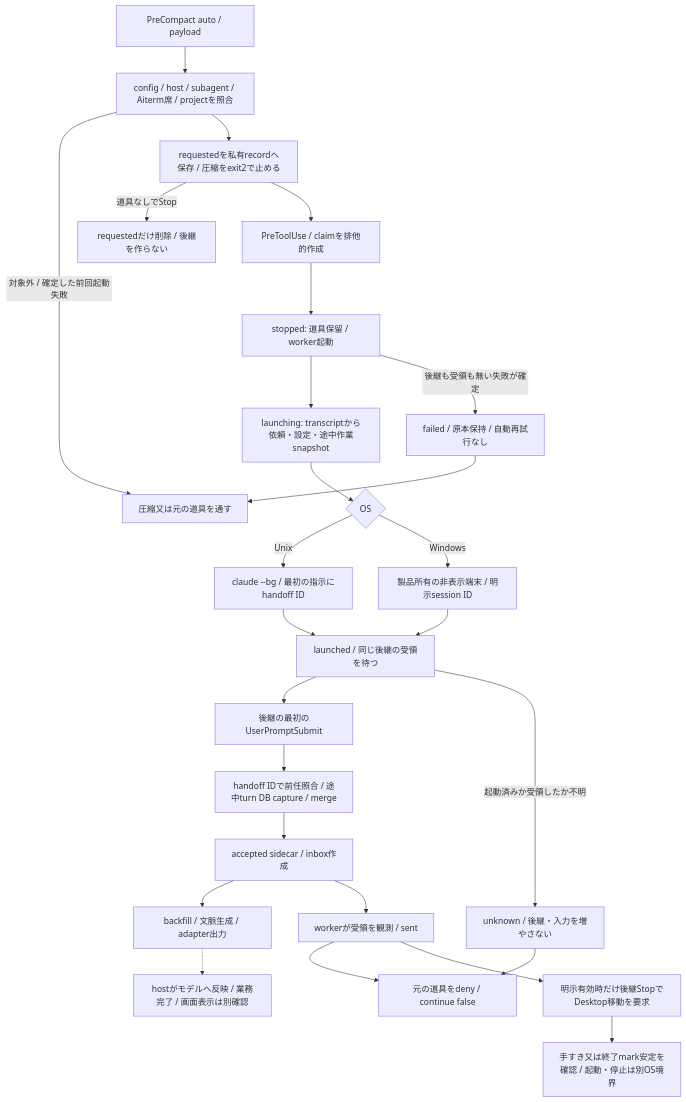
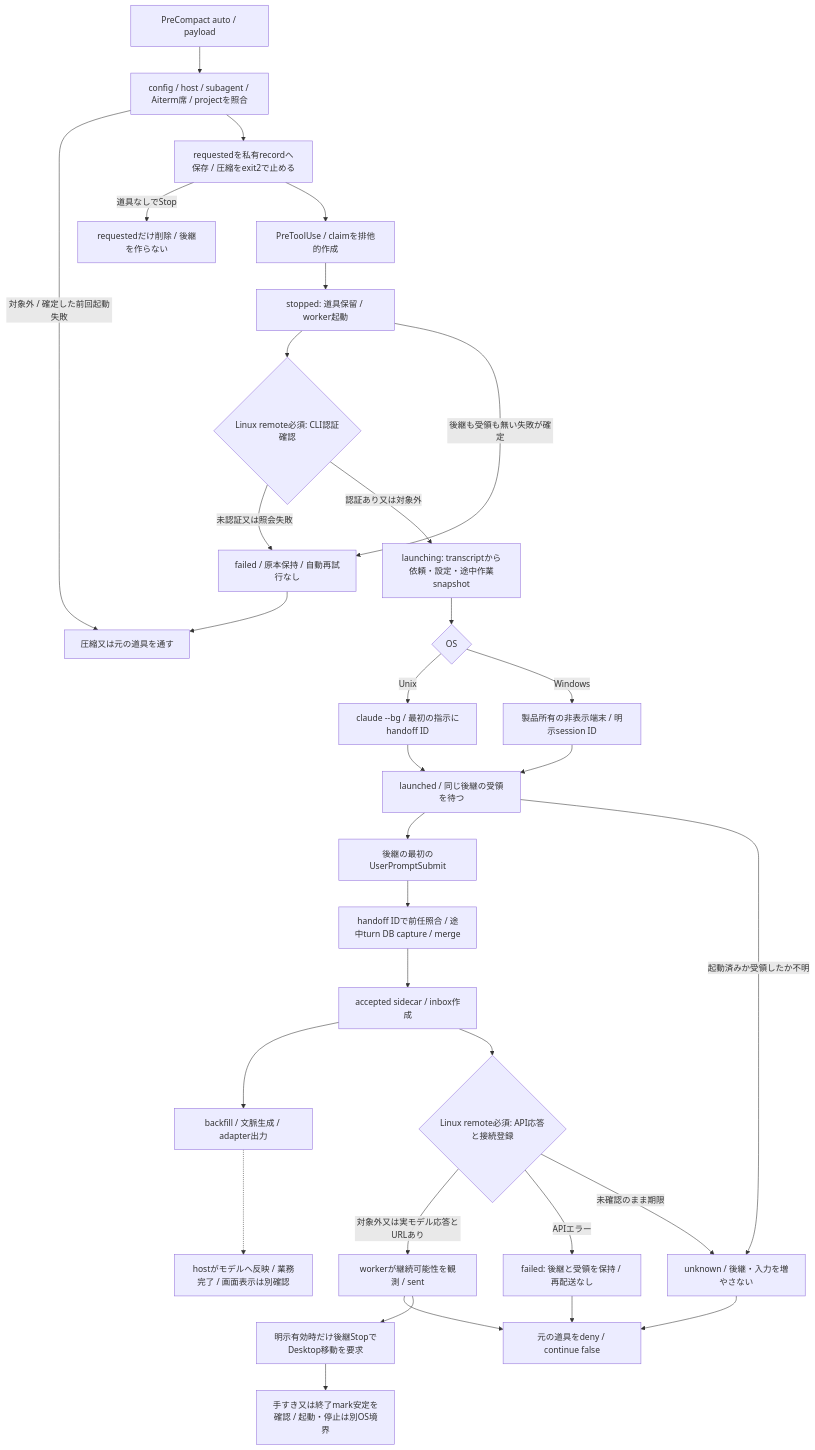
The first of 3 diagrams in docs/architecture/current-continuation.md (kitepon/Throughline), drawn with Mermaid before and after one commit. The commit also changed other lines of this file and 4 other files, not shown here.

````diff
--- a/docs/architecture/current-continuation.md
+++ b/docs/architecture/current-continuation.md
@@ -7,28 +7,34 @@
 ```mermaid
 flowchart TD
   Compact[PreCompact auto / payload] --> Check[config / host / subagent / Aiterm席 / projectを照合]
   Check -->|対象外 / 確定した前回起動失敗| Continue[圧縮又は元の道具を通す]
   Check --> Request[requestedを私有recordへ保存 / 圧縮をexit2で止める]
   Request -->|道具なしでStop| Withdraw[requestedだけ削除 / 後継を作らない]
   Request --> Tool[PreToolUse / claimを排他的作成]
   Tool --> Stopped[stopped: 道具保留 / worker起動]
-  Stopped --> Snapshot[launching: transcriptから依頼・設定・途中作業snapshot]
+  Stopped --> Auth{Linux remote必須: CLI認証確認}
+  Auth -->|未認証又は照会失敗| Failed
+  Auth -->|認証あり又は対象外| Snapshot[launching: transcriptから依頼・設定・途中作業snapshot]
   Snapshot --> OS{OS}
   OS -->|Unix| BG[claude --bg / 最初の指示にhandoff ID]
   OS -->|Windows| PTY[製品所有の非表示端末 / 明示session ID]
   BG --> Launched[launched / 同じ後継の受領を待つ]
   PTY --> Launched
   Launched --> First[後継の最初のUserPromptSubmit]
   First --> Capture[handoff IDで前任照合 / 途中turn DB capture / merge]
   Capture --> Accept[accepted sidecar / inbox作成]
   Accept --> Context[backfill / 文脈生成 / adapter出力]
-  Accept --> Sent[workerが受領を観測 / sent]
+  Accept --> Ready{Linux remote必須: API応答と接続登録}
+  Ready -->|対象外又は実モデル応答とURLあり| Sent[workerが継続可能性を観測 / sent]
+  Ready -->|APIエラー| FailedTarget[failed: 後継と受領を保持 / 再配送なし]
+  Ready -->|未確認のまま期限| Unknown
+  FailedTarget --> Deny
   Sent --> Deny[元の道具をdeny / continue false]
   Launched -->|起動済みか受領したか不明| Unknown[unknown / 後継・入力を増やさない]
   Unknown --> Deny
   Stopped -->|後継も受領も無い失敗が確定| Failed[failed / 原本保持 / 自動再試行なし]
   Failed --> Continue
   Context -.-> Host[hostがモデルへ反映 / 業務完了 / 画面表示は別確認]
   Sent --> Desktop[明示有効時だけ後継StopでDesktop移動を要求]
   Desktop --> Idle[手すき又は終了mark安定を確認 / 起動・停止は別OS境界]
 ```
````
